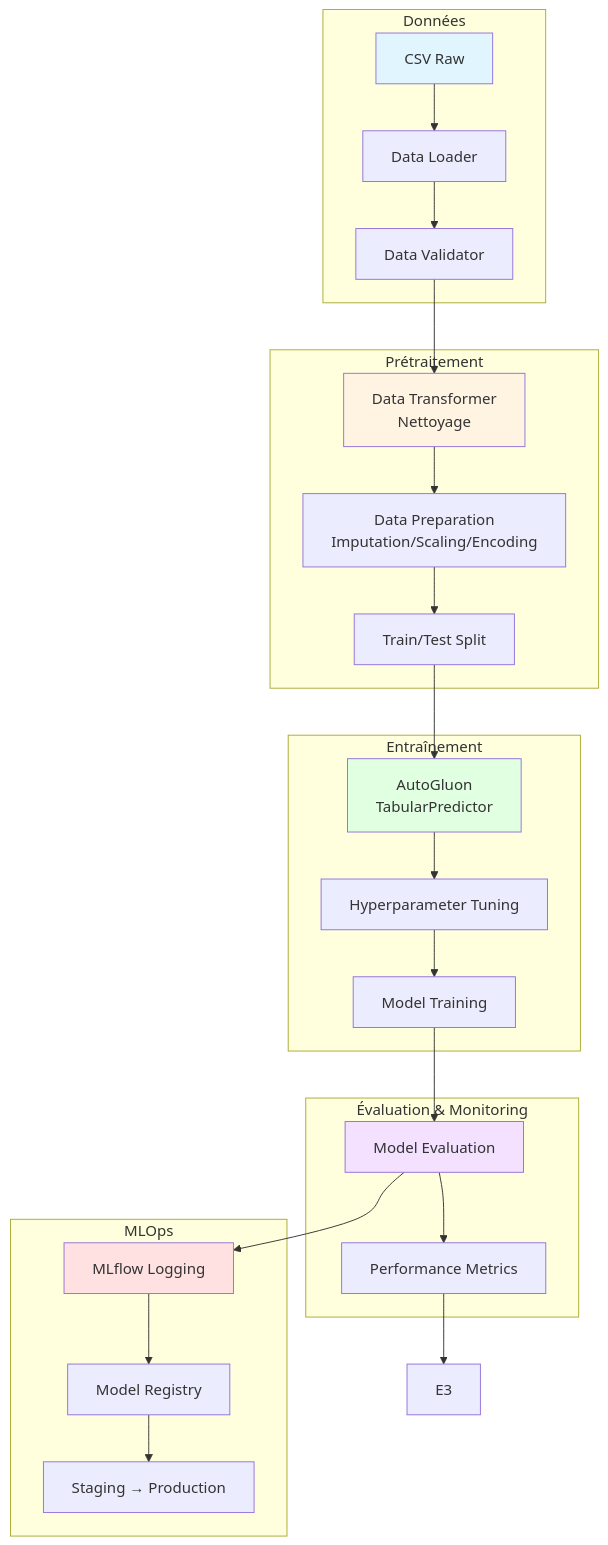
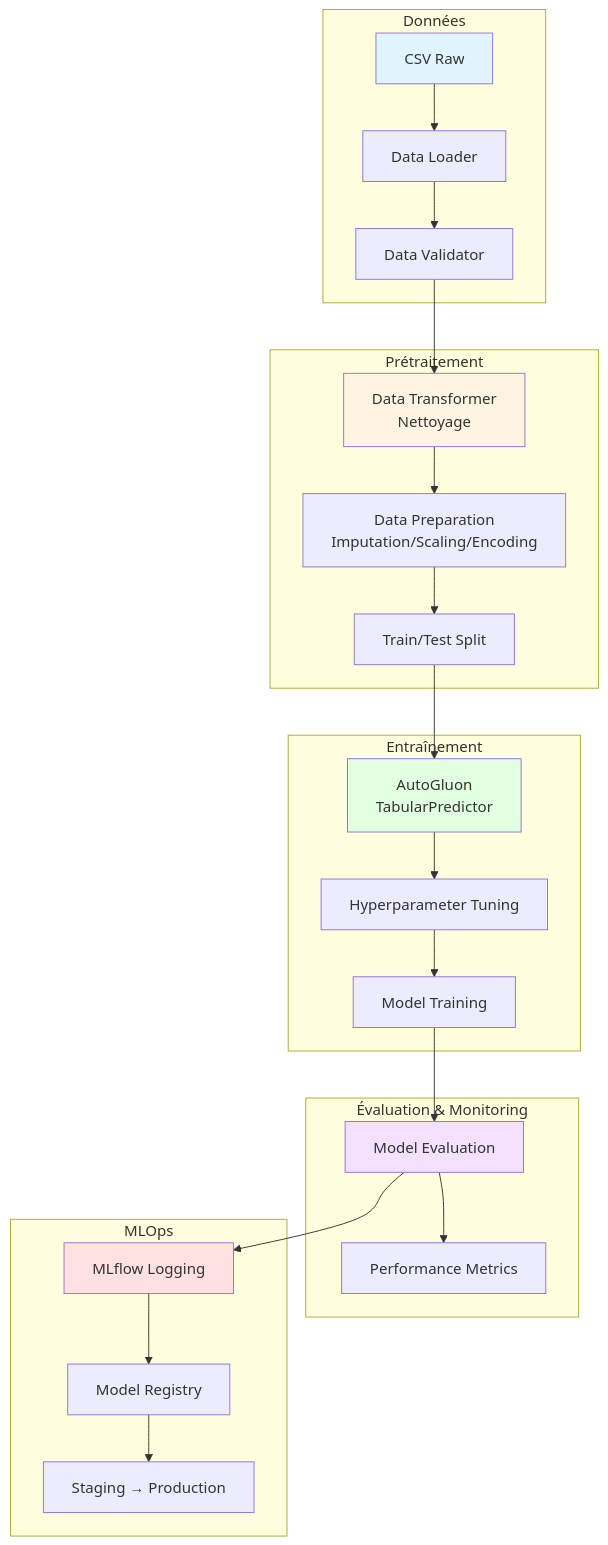
One commit to jefraudai/jefraudai changed the second of 4 diagrams in Services/docsify/docs/index.md. Above: the diagram before and after it, drawn with Mermaid. The commit also changed other lines of this file and 4 other files, not shown here.

Commit message:
Documentation - Remove duplicated schema

````diff
--- a/Services/docsify/docs/index.md
+++ b/Services/docsify/docs/index.md
@@ -109,52 +57,51 @@
 ```mermaid
 graph TD
     subgraph "Données"
         D1[CSV Raw]
         D2[Data Loader]
         D3[Data Validator]
     end
     
     subgraph "Prétraitement"
         P1[Data Transformer<br/>Nettoyage]
         P2[Data Preparation<br/>Imputation/Scaling/Encoding]
         P3[Train/Test Split]
     end
     
     subgraph "Entraînement"
         M1[AutoGluon<br/>TabularPredictor]
         M2[Hyperparameter Tuning]
         M3[Model Training]
     end
     
     subgraph "Évaluation & Monitoring"
         E1[Model Evaluation]
         E2[Performance Metrics]
     end
     
     subgraph "MLOps"
         O1[MLflow Logging]
         O2[Model Registry]
         O3[Staging → Production]
     end
     
     D1 --> D2
     D2 --> D3
     D3 --> P1
     P1 --> P2
     P2 --> P3
     P3 --> M1
     M1 --> M2
     M2 --> M3
     M3 --> E1
     E1 --> E2
-    E2 --> E3
     E1 --> O1
     O1 --> O2
     O2 --> O3
     
     style D1 fill:#e1f5ff
     style P1 fill:#fff4e1
     style M1 fill:#e1ffe1
     style E1 fill:#f3e1ff
     style O1 fill:#ffe1e1
 ```
````
